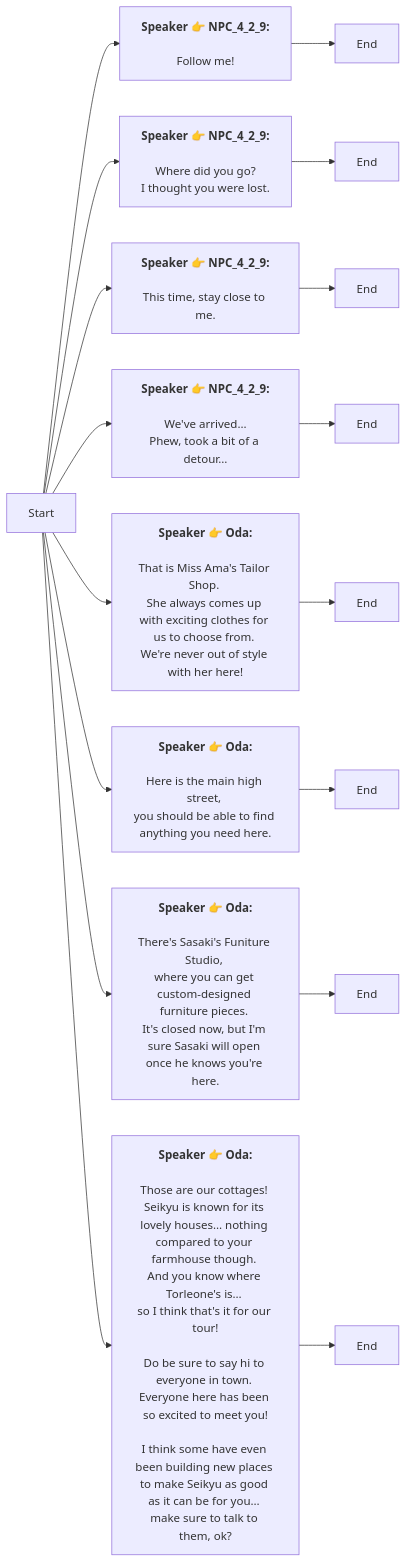
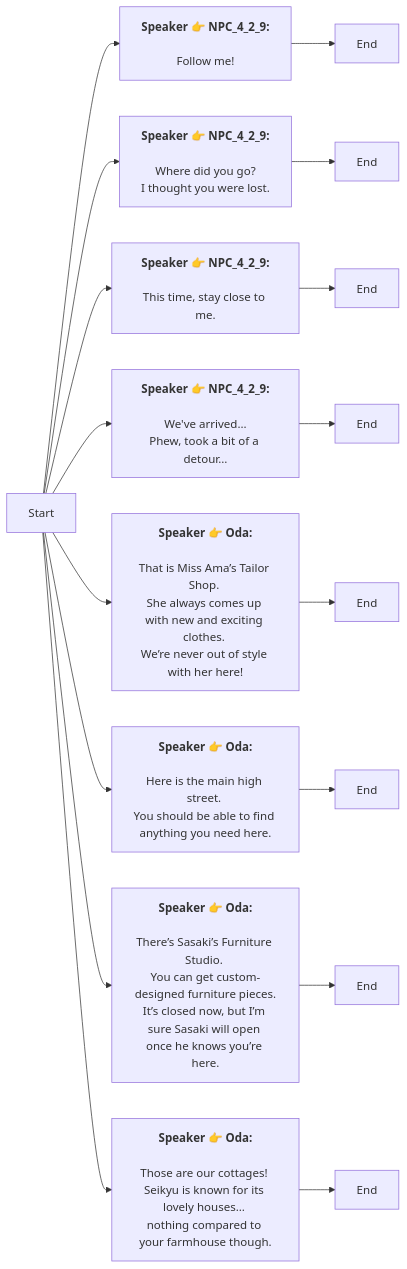
One commit to SoftHu/tos_avg changed the diagram in En/YuiGuideTurtoril.md. Above: the diagram before and after it, drawn with Mermaid. The commit also changed 410 other files, not shown here.

````diff
--- a/En/YuiGuideTurtoril.md
+++ b/En/YuiGuideTurtoril.md
@@ -1,42 +1,37 @@
 ```mermaid
 graph LR
 Start -->1769066131689535[<b>Speaker 👉 NPC_4_2_9:</b>
 \nFollow me!]
 1769066131689535 -->1769066092872766[End]
 Start -->1769066146257985[<b>Speaker 👉 NPC_4_2_9:</b>
 \nWhere did you go?
 I thought you were lost.]
 1769066146257985 -->1769066146257986[End]
 Start -->1769066149276740[<b>Speaker 👉 NPC_4_2_9:</b>
 \nThis time, stay close to me.]
 1769066149276740 -->1769066149276741[End]
 Start -->1769066151519303[<b>Speaker 👉 NPC_4_2_9:</b>
 \nWe've arrived...
 Phew, took a bit of a detour…]
 1769066151519303 -->1769066151519304[End]
 Start -->1772598517553340[<b>Speaker 👉 Oda:</b>
-\nThat is Miss Ama's Tailor Shop. 
-She always comes up with exciting clothes for us to choose from. 
-We're never out of style with her here!]
+\nThat is Miss Ama’s Tailor Shop. 
+She always comes up with new and exciting clothes. 
+We’re never out of style with her here!]
 1772598517553340 -->1772344589943011[End]
 Start -->1772598505930939[<b>Speaker 👉 Oda:</b>
-\nHere is the main high street, 
-you should be able to find anything you need here. 
-]
+\nHere is the main high street. 
+You should be able to find anything you need here.]
 1772598505930939 -->1772344576162017[End]
 Start -->1772598518761661[<b>Speaker 👉 Oda:</b>
-\nThere's Sasaki's Funiture Studio, 
-where you can get custom-designed furniture pieces. 
-It's closed now, but I'm sure Sasaki will open once he knows you're here.
-]
+\nThere’s Sasaki’s Furniture Studio. 
+You can get custom-designed furniture pieces.
+It’s closed now, but I’m sure Sasaki will open once he knows you’re here.]
 1772598518761661 -->1772344746521829[End]
 Start -->1772598520089790[<b>Speaker 👉 Oda:</b>
 \nThose are our cottages! 
-Seikyu is known for its lovely houses… nothing compared to your farmhouse though. \nAnd you know where Torleone's is… 
-so I think that's it for our tour!
-\nDo be sure to say hi to everyone in town. 
-Everyone here has been so excited to meet you!
-\nI think some have even been building new places to make Seikyu as good as it can be for you… make sure to talk to them, ok?]
+Seikyu is known for its lovely houses… 
+nothing compared to your farmhouse though.]
 1772598520089790 -->1772344760857831[End]
 
 ```
````
